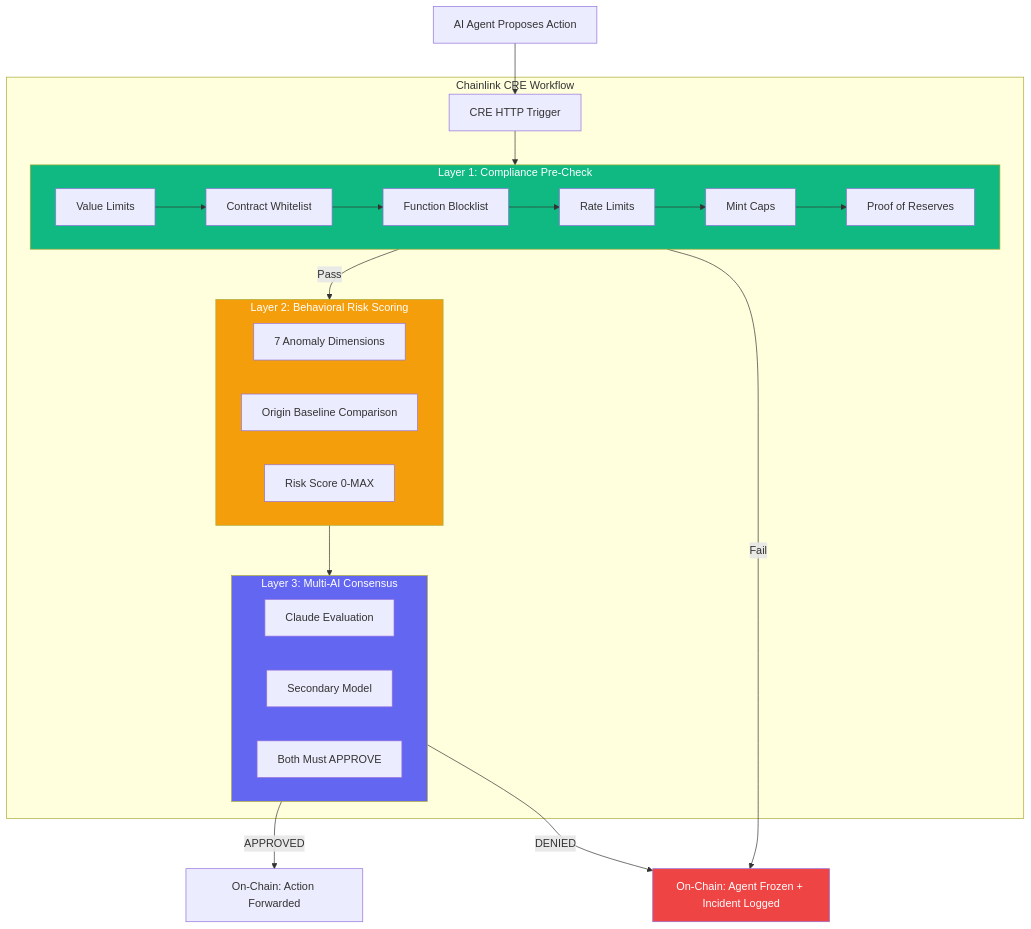
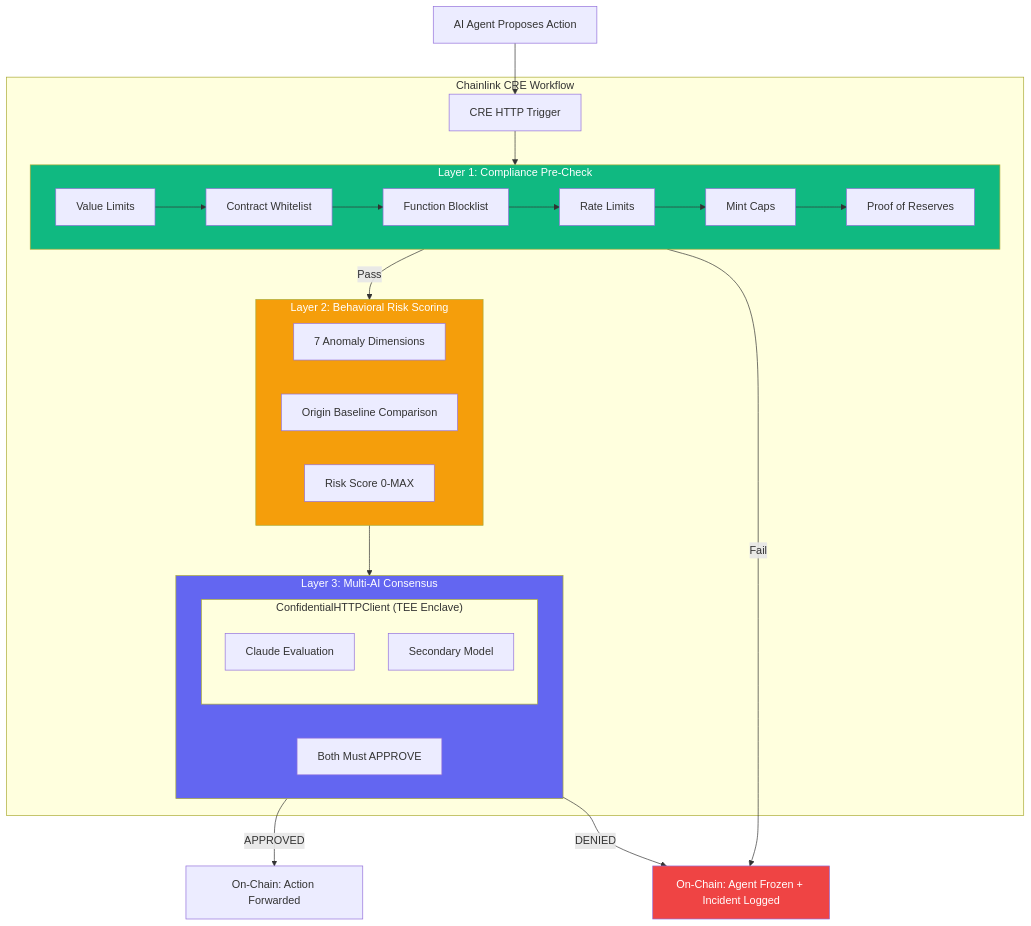
The diagram in README.md (ProjectWaja/SentinelCRE), drawn with Mermaid before and after one commit. The commit also changed other lines of this file, not shown here.

First line of the commit message:
Update README with ConfidentialHTTPClient integration details

````diff
--- a/README.md
+++ b/README.md
@@ -37,41 +37,43 @@
 ```mermaid
 flowchart TB
     A["AI Agent Proposes Action"] --> B["CRE HTTP Trigger"]
 
     subgraph CRE["Chainlink CRE Workflow"]
         B --> L1
 
         subgraph L1["Layer 1: Compliance Pre-Check"]
             P1["Value Limits"] --> P2["Contract Whitelist"]
             P2 --> P3["Function Blocklist"]
             P3 --> P4["Rate Limits"]
             P4 --> P5["Mint Caps"]
             P5 --> P6["Proof of Reserves"]
         end
 
         L1 -->|"Pass"| L2
 
         subgraph L2["Layer 2: Behavioral Risk Scoring"]
             B1["7 Anomaly Dimensions"]
             B2["Origin Baseline Comparison"]
             B3["Risk Score 0-MAX"]
         end
 
         L2 --> L3
 
         subgraph L3["Layer 3: Multi-AI Consensus"]
-            M1["Claude Evaluation"]
-            M2["Secondary Model"]
+            subgraph TEE["ConfidentialHTTPClient (TEE Enclave)"]
+                M1["Claude Evaluation"]
+                M2["Secondary Model"]
+            end
             M3["Both Must APPROVE"]
         end
     end
 
     L3 -->|"APPROVED"| D["On-Chain: Action Forwarded"]
     L3 -->|"DENIED"| E["On-Chain: Agent Frozen + Incident Logged"]
     L1 -->|"Fail"| E
 
     style L1 fill:#10b981,color:#fff
     style L2 fill:#f59e0b,color:#fff
     style L3 fill:#6366f1,color:#fff
     style E fill:#ef4444,color:#fff
 ```
````
